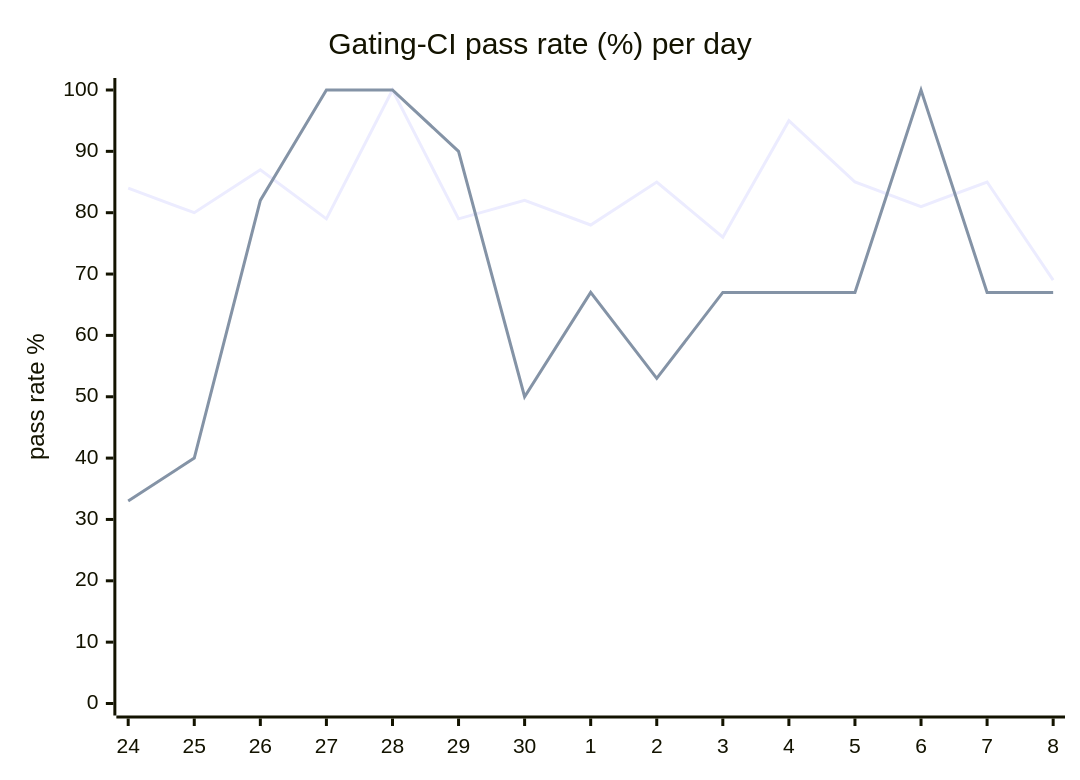
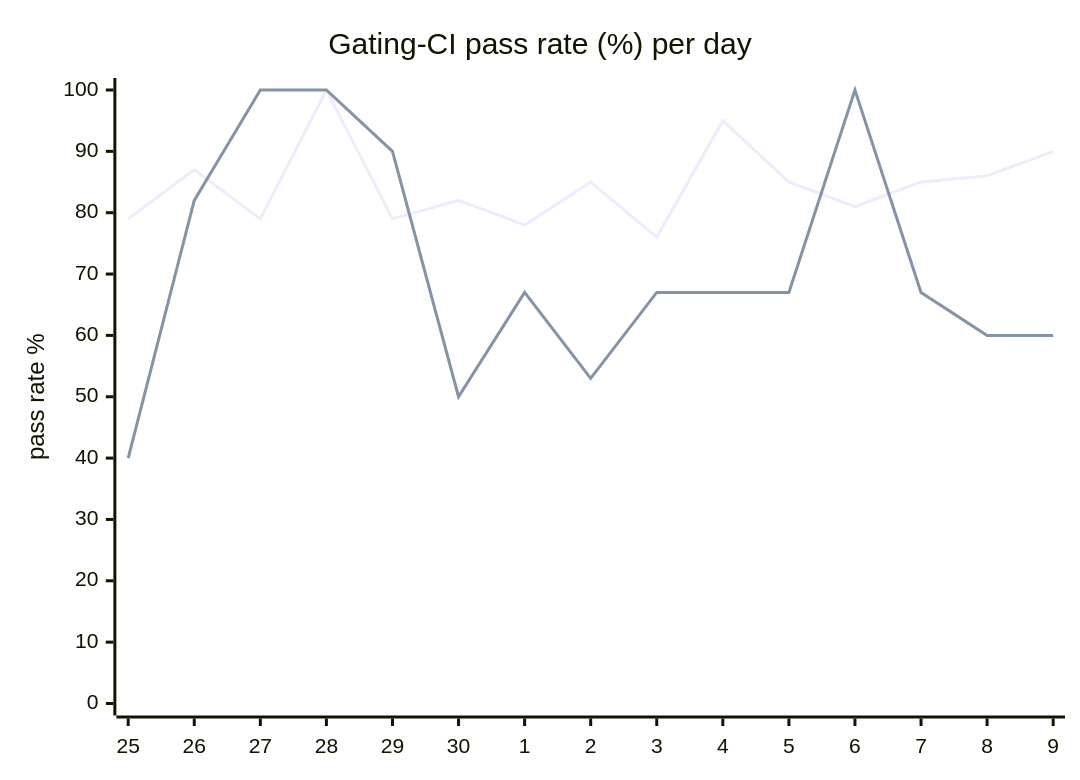
Before and after one commit to hatchet-dev/hatchet: the diagram in hack/ci/ci-dashboard/staging/issue.md, drawn with Mermaid. The commit also changed other lines of this file, not shown here.

````diff
--- a/hack/ci/ci-dashboard/staging/issue.md
+++ b/hack/ci/ci-dashboard/staging/issue.md
@@ -9,8 +9,8 @@
 ```mermaid
 xychart-beta
   title "Gating-CI pass rate (%) per day"
-  x-axis [24, 25, 26, 27, 28, 29, 30, 1, 2, 3, 4, 5, 6, 7, 8]
+  x-axis [25, 26, 27, 28, 29, 30, 1, 2, 3, 4, 5, 6, 7, 8, 9]
   y-axis "pass rate %" 0 --> 100
-  line "CI" [84, 80, 87, 79, 100, 79, 82, 78, 85, 76, 95, 85, 81, 85, 69]
-  line "main" [33, 40, 82, 100, 100, 90, 50, 67, 53, 67, 67, 67, 100, 67, 67]
+  line "CI" [79, 87, 79, 100, 79, 82, 78, 85, 76, 95, 85, 81, 85, 86, 90]
+  line "main" [40, 82, 100, 100, 90, 50, 67, 53, 67, 67, 67, 100, 67, 60, 60]
 ```
````
